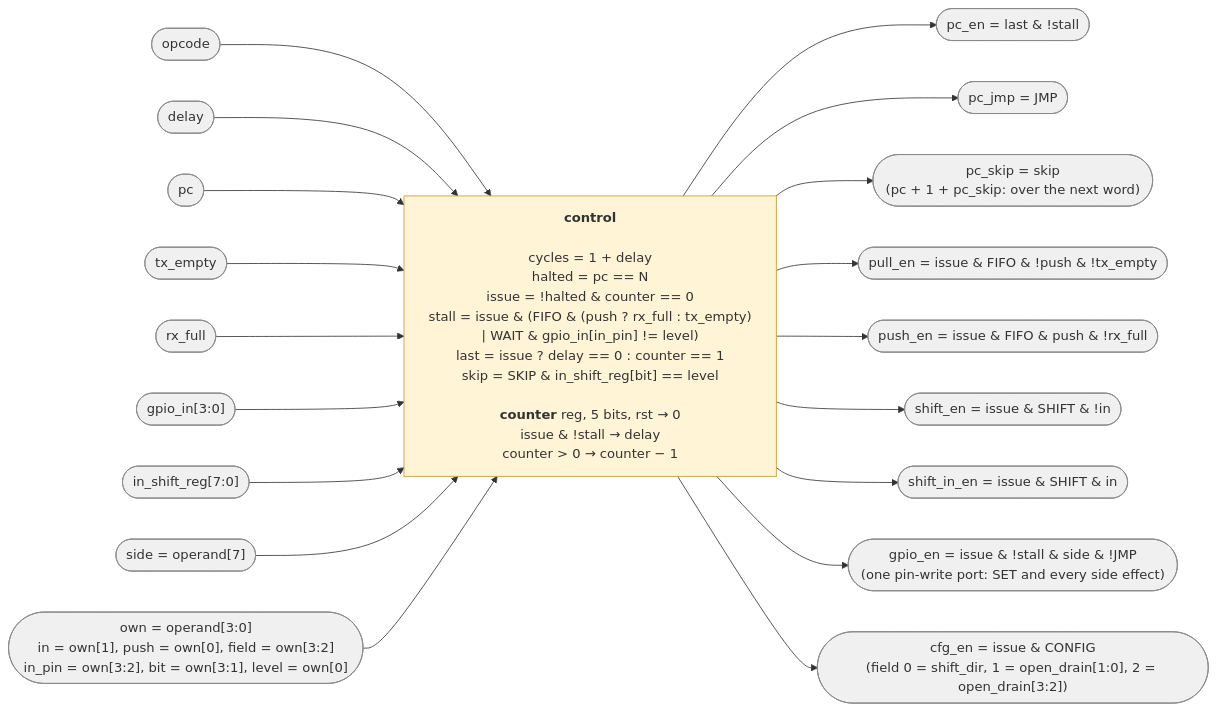
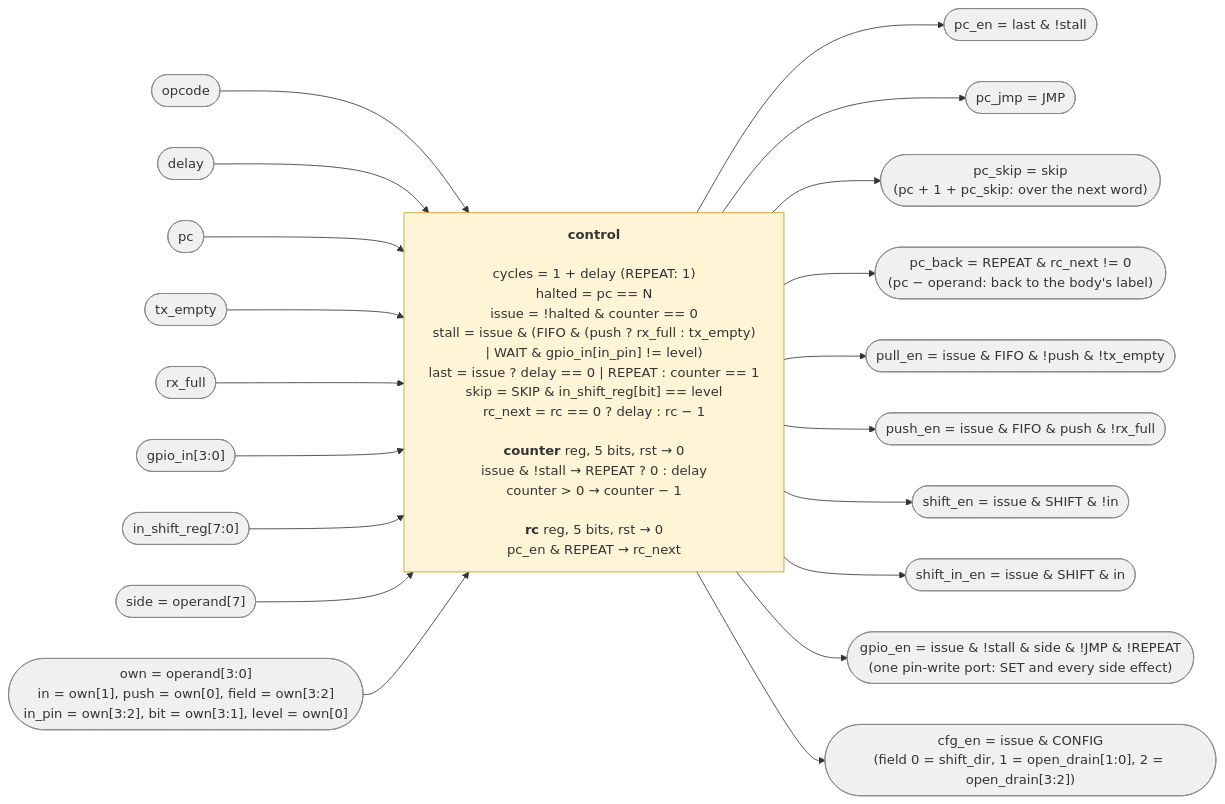
The diagram in docs/control.mmd (cshieldsce/smallcore), drawn with Mermaid before and after one commit. The commit also changed 10 other files, not shown here.

```diff
--- a/docs/control.mmd
+++ b/docs/control.mmd
@@ -1,50 +1,52 @@
 %%{init: {"flowchart": {"wrappingWidth": 440}}}%%
 %% The control block: what it reads, what it computes, what it drives. All combinational
 %% except the counter register. Signal names match core.svg. The opcode names stand for
 %% opcode == that value: NOP/SET = 000, SHIFT = 001, FIFO = 010, JMP = 011, CONFIG = 100, WAIT = 101,
-%% SKIP = 110.
+%% SKIP = 110, REPEAT = 111 (its delay bits are count − 1, not a delay).
 flowchart LR
   classDef sig fill:#f0f0f0,stroke:#888
   classDef reg fill:#dbe8ff,stroke:#4a6fa5
   classDef comb fill:#fff4d6,stroke:#c49a2a
 
   OPC(["opcode"]):::sig
   DLY(["delay"]):::sig
   PCV(["pc"]):::sig
   EMP(["tx_empty"]):::sig
   FUL(["rx_full"]):::sig
   GIN(["gpio_in[3:0]"]):::sig
   ISR(["in_shift_reg[7:0]"]):::sig
   SIDE(["side = operand[7]"]):::sig
   OWN(["own = operand[3:0]<br/>in = own[1], push = own[0], field = own[3:2]<br/>in_pin = own[3:2], bit = own[3:1], level = own[0]"]):::sig
 
-  CU["<b>control</b><br/><br/>cycles = 1 + delay<br/>halted = pc == N<br/>issue = !halted & counter == 0<br/>stall = issue & (FIFO & (push ? rx_full : tx_empty)<br/>| WAIT & gpio_in[in_pin] != level)<br/>last = issue ? delay == 0 : counter == 1<br/>skip = SKIP & in_shift_reg[bit] == level<br/><br/><b>counter</b> reg, 5 bits, rst → 0<br/>issue & !stall → delay<br/>counter > 0 → counter − 1"]:::comb
+  CU["<b>control</b><br/><br/>cycles = 1 + delay (REPEAT: 1)<br/>halted = pc == N<br/>issue = !halted & counter == 0<br/>stall = issue & (FIFO & (push ? rx_full : tx_empty)<br/>| WAIT & gpio_in[in_pin] != level)<br/>last = issue ? delay == 0 | REPEAT : counter == 1<br/>skip = SKIP & in_shift_reg[bit] == level<br/>rc_next = rc == 0 ? delay : rc − 1<br/><br/><b>counter</b> reg, 5 bits, rst → 0<br/>issue & !stall → REPEAT ? 0 : delay<br/>counter > 0 → counter − 1<br/><br/><b>rc</b> reg, 5 bits, rst → 0<br/>pc_en & REPEAT → rc_next"]:::comb
 
   PCI(["pc_en = last & !stall"]):::sig
   PCJ(["pc_jmp = JMP"]):::sig
   PCS(["pc_skip = skip<br/>(pc + 1 + pc_skip: over the next word)"]):::sig
+  PCB(["pc_back = REPEAT & rc_next != 0<br/>(pc − operand: back to the body's label)"]):::sig
   PLE(["pull_en = issue & FIFO & !push & !tx_empty"]):::sig
   PSE(["push_en = issue & FIFO & push & !rx_full"]):::sig
   SHE(["shift_en = issue & SHIFT & !in"]):::sig
   SIE(["shift_in_en = issue & SHIFT & in"]):::sig
-  PNE(["gpio_en = issue & !stall & side & !JMP<br/>(one pin-write port: SET and every side effect)"]):::sig
+  PNE(["gpio_en = issue & !stall & side & !JMP & !REPEAT<br/>(one pin-write port: SET and every side effect)"]):::sig
   DIE(["cfg_en = issue & CONFIG<br/>(field 0 = shift_dir, 1 = open_drain[1:0], 2 = open_drain[3:2])"]):::sig
 
   OPC --> CU
   DLY --> CU
   PCV --> CU
   EMP --> CU
   FUL --> CU
   GIN --> CU
   ISR --> CU
   SIDE --> CU
   OWN --> CU
   CU --> PCI
   CU --> PCJ
   CU --> PCS
+  CU --> PCB
   CU --> PLE
   CU --> PSE
   CU --> SHE
   CU --> SIE
   CU --> PNE
   CU --> DIE
```
